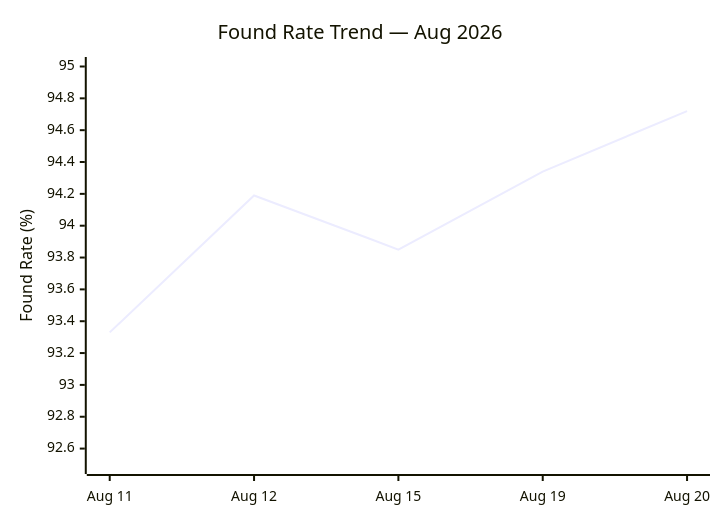
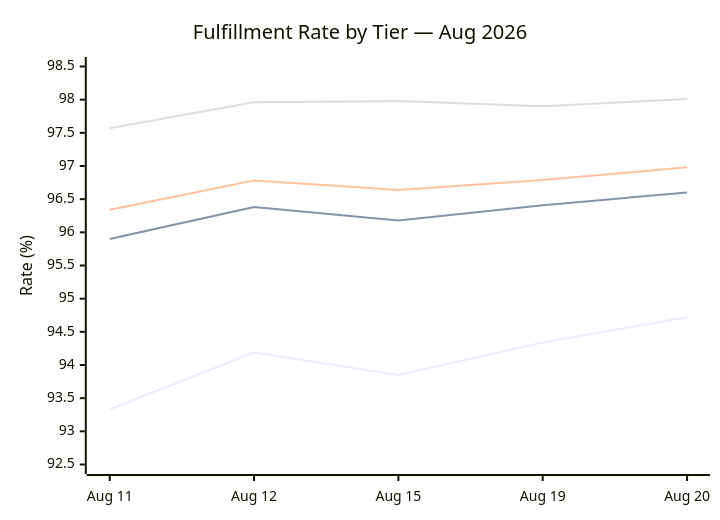
The fourth of 16 diagrams in cencosud/level-2-oos-analysis/oos-classification-master.md (mmdylanology/engineering_docs_public), drawn with Mermaid before and after one commit. The commit also changed other lines of this file, not shown here.

First line of the commit message:
Add multi-tier fulfillment rates to OOS classification master

````diff
--- a/cencosud/level-2-oos-analysis/oos-classification-master.md
+++ b/cencosud/level-2-oos-analysis/oos-classification-master.md
@@ -114,7 +120,10 @@
 ```mermaid
 xychart-beta
-    title "Found Rate Trend — Aug 2026"
+    title "Fulfillment Rate by Tier — Aug 2026"
     x-axis ["Aug 11", "Aug 12", "Aug 15", "Aug 19", "Aug 20"]
-    y-axis "Found Rate (%)" 92.5 --> 95.0
-    line [93.33, 94.19, 93.85, 94.34, 94.72]
+    y-axis "Rate (%)" 92.5 --> 98.5
+    line "Found (1)" [93.33, 94.19, 93.85, 94.34, 94.72]
+    line "+Sub (1+4)" [95.90, 96.38, 96.18, 96.41, 96.60]
+    line "+Part (1+4+12)" [96.34, 96.78, 96.64, 96.79, 96.98]
+    line "+Added (1+4+11+12)" [97.57, 97.96, 97.98, 97.90, 98.01]
 ```
````
